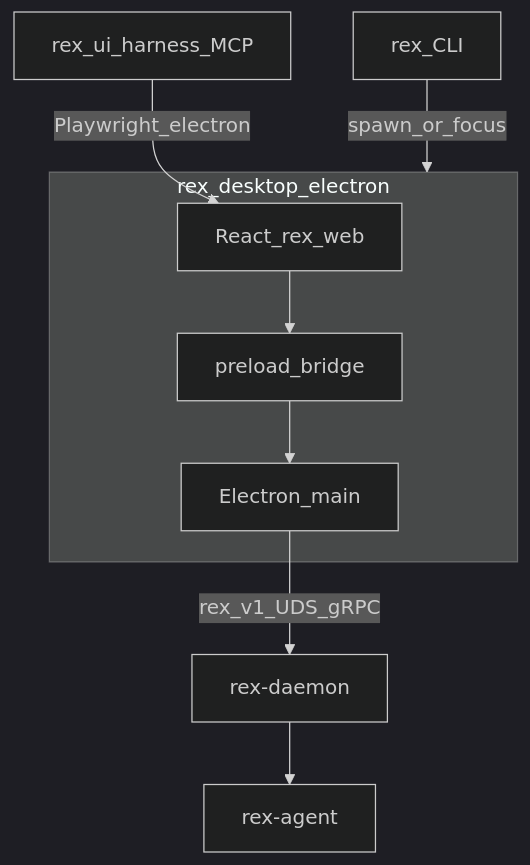
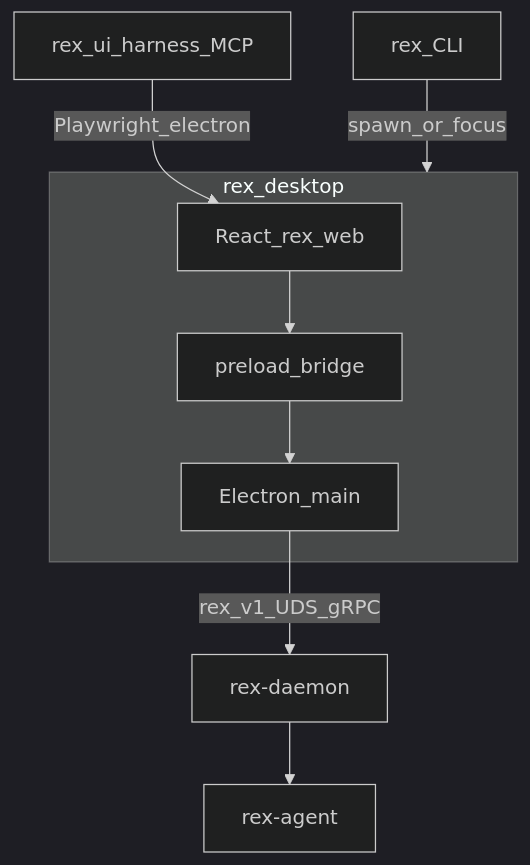
One commit to thsfranca/rex changed the diagram in docs/WEB_UI_ARCHITECTURE.md. Above: the diagram before and after it, drawn with Mermaid (dark theme). The commit also changed other lines of this file and 63 other files, not shown here.

First line of the commit message:
refactor(desktop): replace Tauri shell with Electron apps/rex-desktop (#420)

````diff
--- a/docs/WEB_UI_ARCHITECTURE.md
+++ b/docs/WEB_UI_ARCHITECTURE.md
@@ -31,13 +31,13 @@
 ```mermaid
 flowchart TD
-  subgraph desktop [rex_desktop_electron]
+  subgraph desktop [rex_desktop]
     Renderer[React_rex_web]
     Preload[preload_bridge]
     ElectronMain[Electron_main]
     Renderer --> Preload --> ElectronMain
   end
   CLI[rex_CLI] -->|"spawn_or_focus"| desktop
   ElectronMain -->|"rex_v1_UDS_gRPC"| Daemon[rex-daemon]
   Daemon --> Sidecar[rex-agent]
   Harness[rex_ui_harness_MCP] -->|"Playwright_electron"| Renderer
 ```
````
